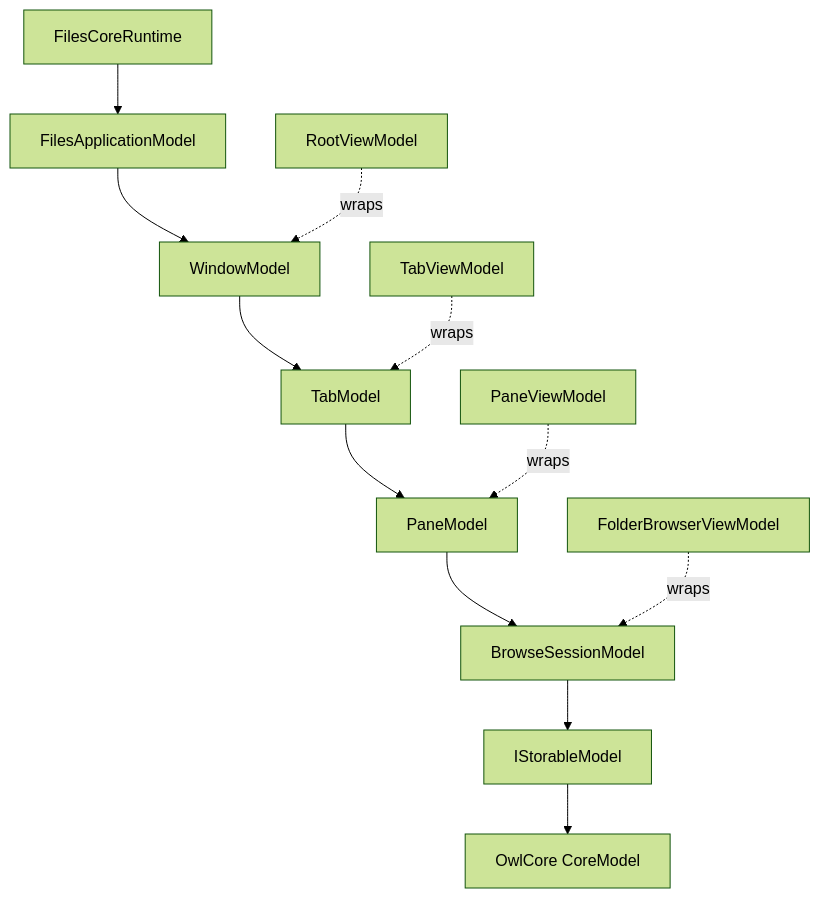
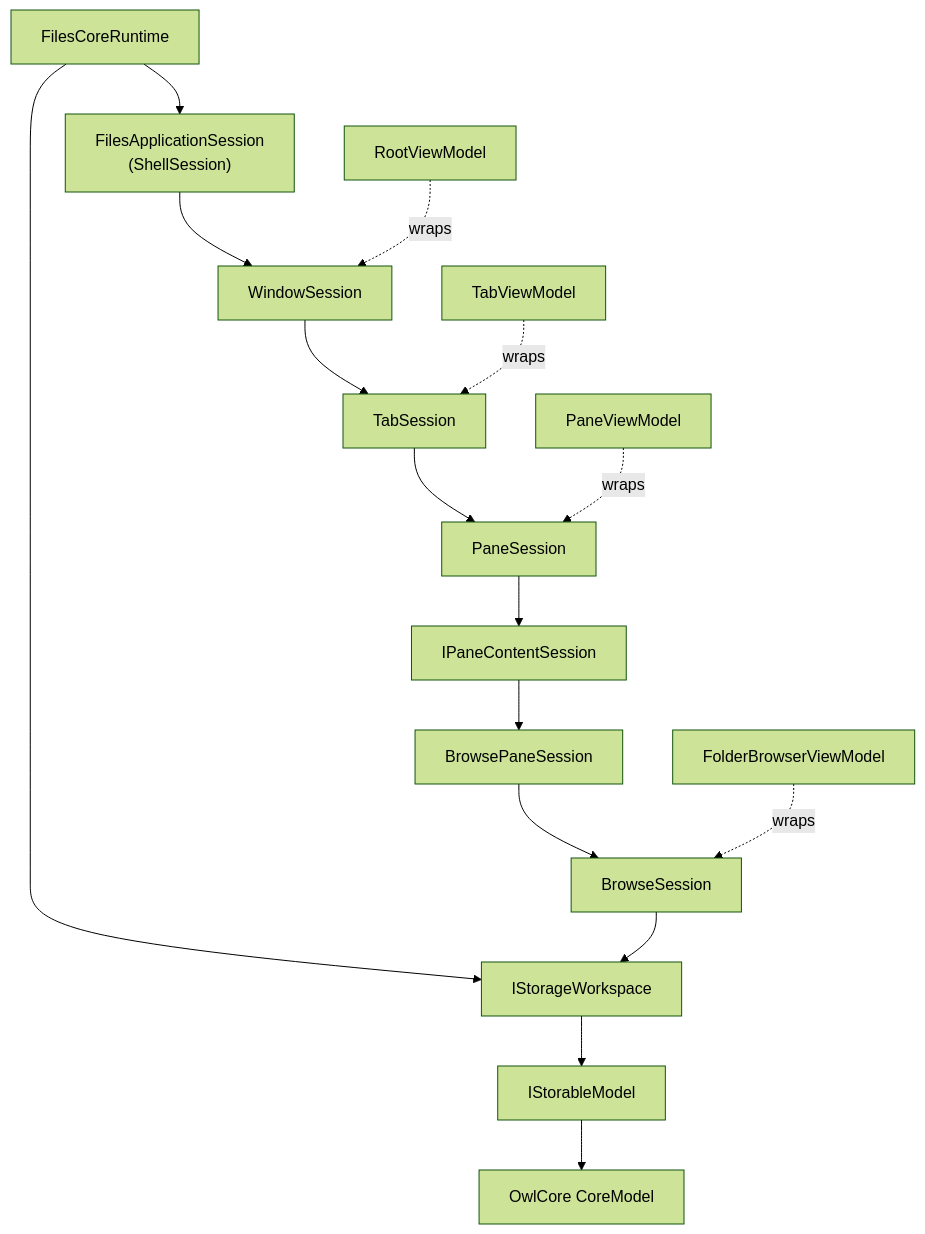
Before and after one commit to 0x5bfa/ReFiles: the diagram in docs/trickle-down-mvvm.md, drawn with Mermaid (forest theme). The commit also changed other lines of this file and 93 other files, not shown here.

Commit message:
Rearchitect application state management

````diff
--- a/docs/trickle-down-mvvm.md
+++ b/docs/trickle-down-mvvm.md
@@ -58,14 +65,18 @@
 ```mermaid
 flowchart TB
-    Runtime["FilesCoreRuntime"] --> Application["FilesApplicationModel"]
-    Application --> Window["WindowModel"]
-    Window --> Tab["TabModel"]
-    Tab --> Pane["PaneModel"]
-    Pane --> Session["BrowseSessionModel"]
-    Session --> Item["IStorableModel"]
+    Runtime["FilesCoreRuntime"] --> Workspace["IStorageWorkspace"]
+    Runtime --> Application["FilesApplicationSession<br/>(ShellSession)"]
+    Application --> Window["WindowSession"]
+    Window --> Tab["TabSession"]
+    Tab --> Pane["PaneSession"]
+    Pane --> Content["IPaneContentSession"]
+    Content --> BrowsePane["BrowsePaneSession"]
+    BrowsePane --> Session["BrowseSession"]
+    Session --> Workspace
+    Workspace --> Item["IStorableModel"]
     Item --> Core["OwlCore CoreModel"]
     RootViewModel["RootViewModel"] -. wraps .-> Window
     TabViewModel["TabViewModel"] -. wraps .-> Tab
     PaneViewModel["PaneViewModel"] -. wraps .-> Pane
     BrowserViewModel["FolderBrowserViewModel"] -. wraps .-> Session
 ```
````
